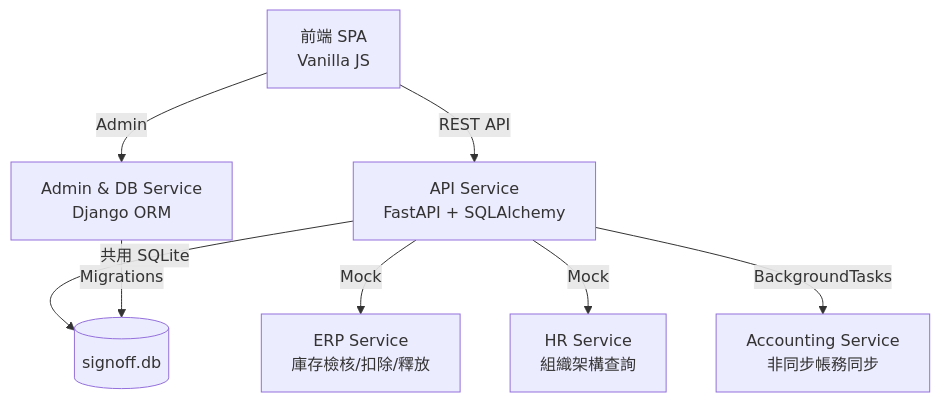
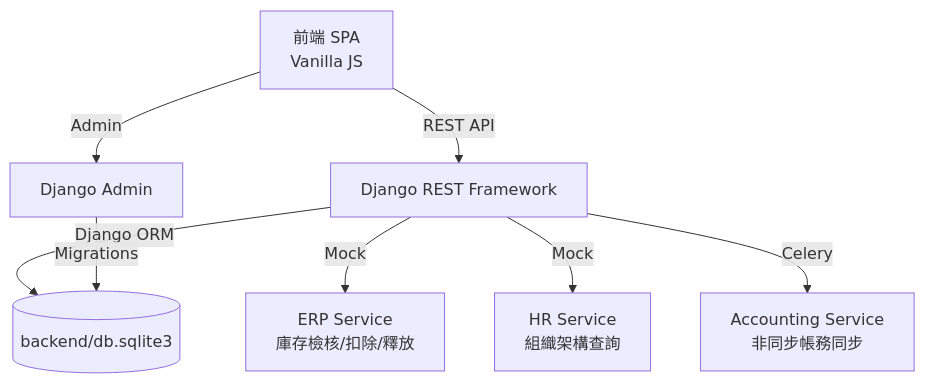
One commit to Kailunlin/SignOffSystem changed the diagram in README.md. Above: the diagram before and after it, drawn with Mermaid. The commit also changed other lines of this file and 61 other files, not shown here.

````diff
--- a/README.md
+++ b/README.md
@@ -36,12 +36,12 @@
 ```mermaid
 graph TB
-    UI[前端 SPA<br/>Vanilla JS] -->|REST API| FastAPI[API Service<br/>FastAPI + SQLAlchemy]
-    UI -->|Admin| Django[Admin & DB Service<br/>Django ORM]
+    UI[前端 SPA<br/>Vanilla JS] -->|REST API| API[Django REST Framework]
+    UI -->|Admin| Django[Django Admin]
 
-    FastAPI -->|共用 SQLite| DB[(signoff.db)]
+    API -->|Django ORM| DB[(backend/db.sqlite3)]
     Django -->|Migrations| DB
 
-    FastAPI -->|Mock| ERP[ERP Service<br/>庫存檢核/扣除/釋放]
-    FastAPI -->|Mock| HR[HR Service<br/>組織架構查詢]
-    FastAPI -->|BackgroundTasks| ACC[Accounting Service<br/>非同步帳務同步]
+    API -->|Mock| ERP[ERP Service<br/>庫存檢核/扣除/釋放]
+    API -->|Mock| HR[HR Service<br/>組織架構查詢]
+    API -->|Celery| ACC[Accounting Service<br/>非同步帳務同步]
 ```
````
